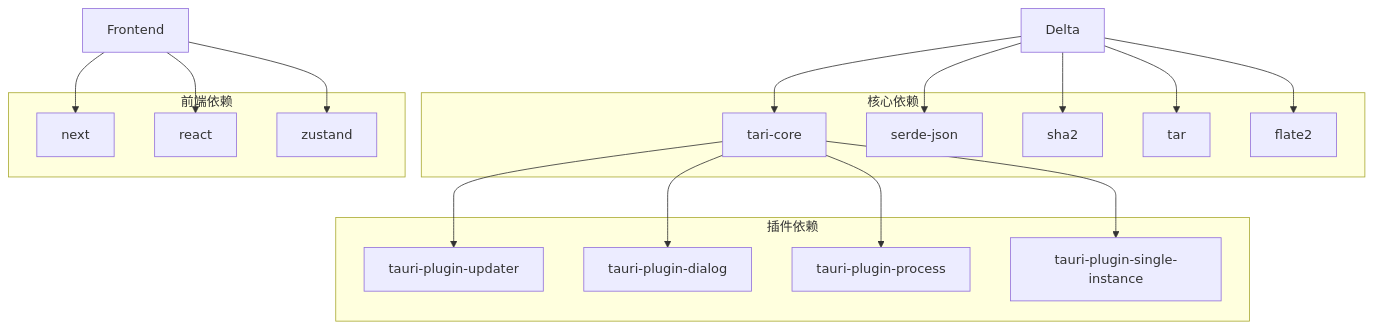
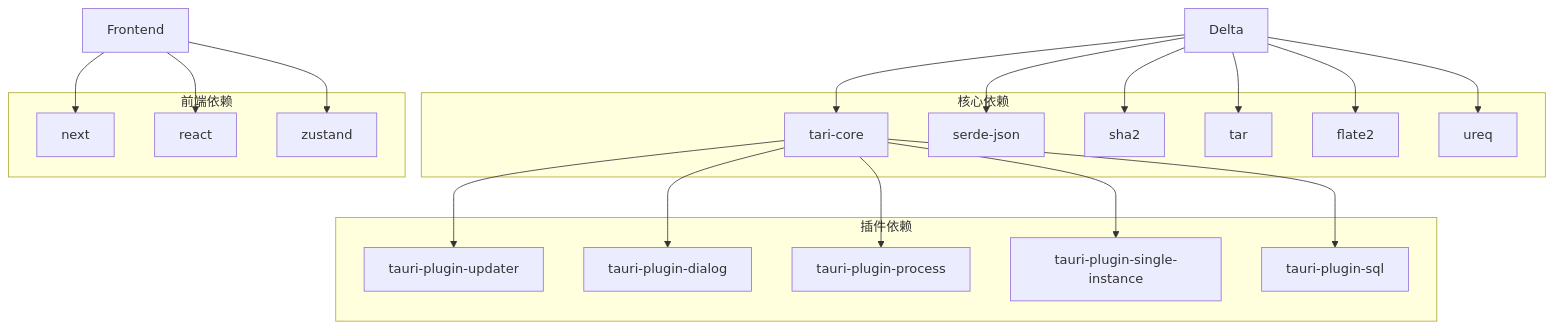
The tenth of 10 diagrams in .qoder/repowiki/zh/content/核心功能模块/热更新系统.md (ggtiger/SSTS), drawn with Mermaid before and after one commit. The commit also changed other lines of this file and 12 other files, not shown here.

````diff
--- a/.qoder/repowiki/zh/content/核心功能模块/热更新系统.md
+++ b/.qoder/repowiki/zh/content/核心功能模块/热更新系统.md
@@ -332,33 +446,37 @@
 ```mermaid
 graph TB
 subgraph "核心依赖"
 Tauri[tari-core]
 Serde[serde-json]
 Sha2[sha2]
 Tar[tar]
 Flate2[flate2]
+ureq[ureq]
 end
 subgraph "插件依赖"
 Updater[tauri-plugin-updater]
 Dialog[tauri-plugin-dialog]
 Process[tauri-plugin-process]
 SingleInstance[tauri-plugin-single-instance]
+SQL[tauri-plugin-sql]
 end
 subgraph "前端依赖"
 Next[next]
 React[react]
 Zustand[zustand]
 end
 Delta --> Tauri
 Delta --> Serde
 Delta --> Sha2
 Delta --> Tar
 Delta --> Flate2
+Delta --> ureq
 Tauri --> Updater
 Tauri --> Dialog
 Tauri --> Process
 Tauri --> SingleInstance
+Tauri --> SQL
 Frontend --> Next
 Frontend --> React
 Frontend --> Zustand
 ```
````
